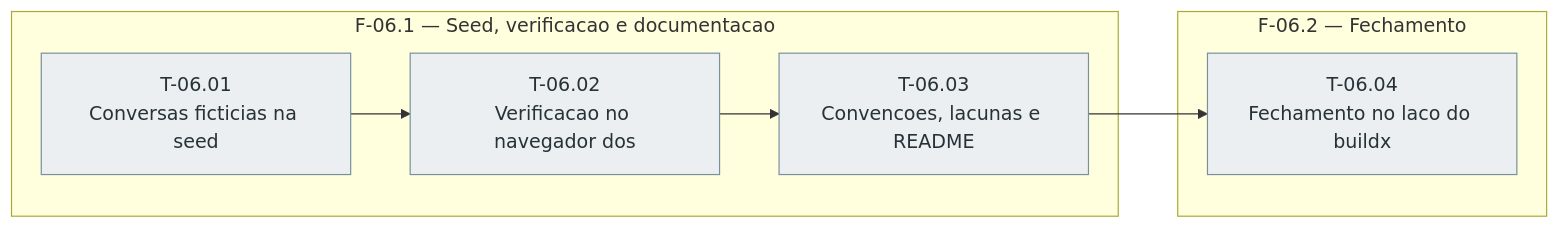
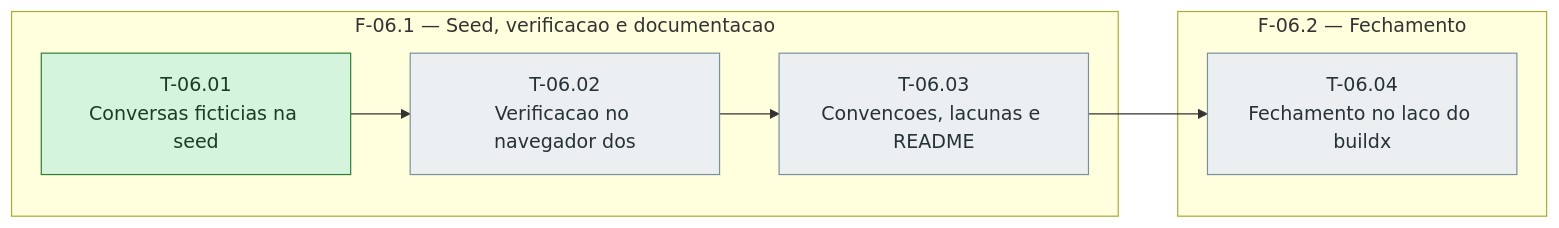
The diagram in docs/historico-de-conversas/sprint-06/fases.md (bittencourtthulio/converse-chatbot), drawn with Mermaid before and after one commit. The commit also changed 3 other files, not shown here.

````diff
--- a/docs/historico-de-conversas/sprint-06/fases.md
+++ b/docs/historico-de-conversas/sprint-06/fases.md
@@ -31,26 +31,26 @@
 ```mermaid
 %% Grafo de tasks — sprint-06 — gerado pela sprintx a partir de tasks.md
 flowchart LR
   subgraph fase_06_1["F-06.1 — Seed, verificacao e documentacao"]
     T_06_01["T-06.01<br/>Conversas ficticias na seed"]
     T_06_02["T-06.02<br/>Verificacao no navegador dos"]
     T_06_03["T-06.03<br/>Convencoes, lacunas e README"]
   end
   subgraph fase_06_2["F-06.2 — Fechamento"]
     T_06_04["T-06.04<br/>Fechamento no laco do buildx"]
   end
   T_06_01 --> T_06_02
   T_06_02 --> T_06_03
   T_06_03 --> T_06_04
 
   classDef concluida fill:#d4f4dd,stroke:#2e7d32,color:#1b3d20
   classDef andamento fill:#fff3cd,stroke:#b8860b,color:#4a3800
   classDef bloqueada fill:#f8d7da,stroke:#c62828,color:#4a1d1f
   classDef pendente  fill:#eceff1,stroke:#78909c,color:#263238
   classDef critico   stroke-width:3px
 
-  class T_06_01 pendente
+  class T_06_01 concluida
   class T_06_02 pendente
   class T_06_03 pendente
   class T_06_04 pendente
 ```
````
